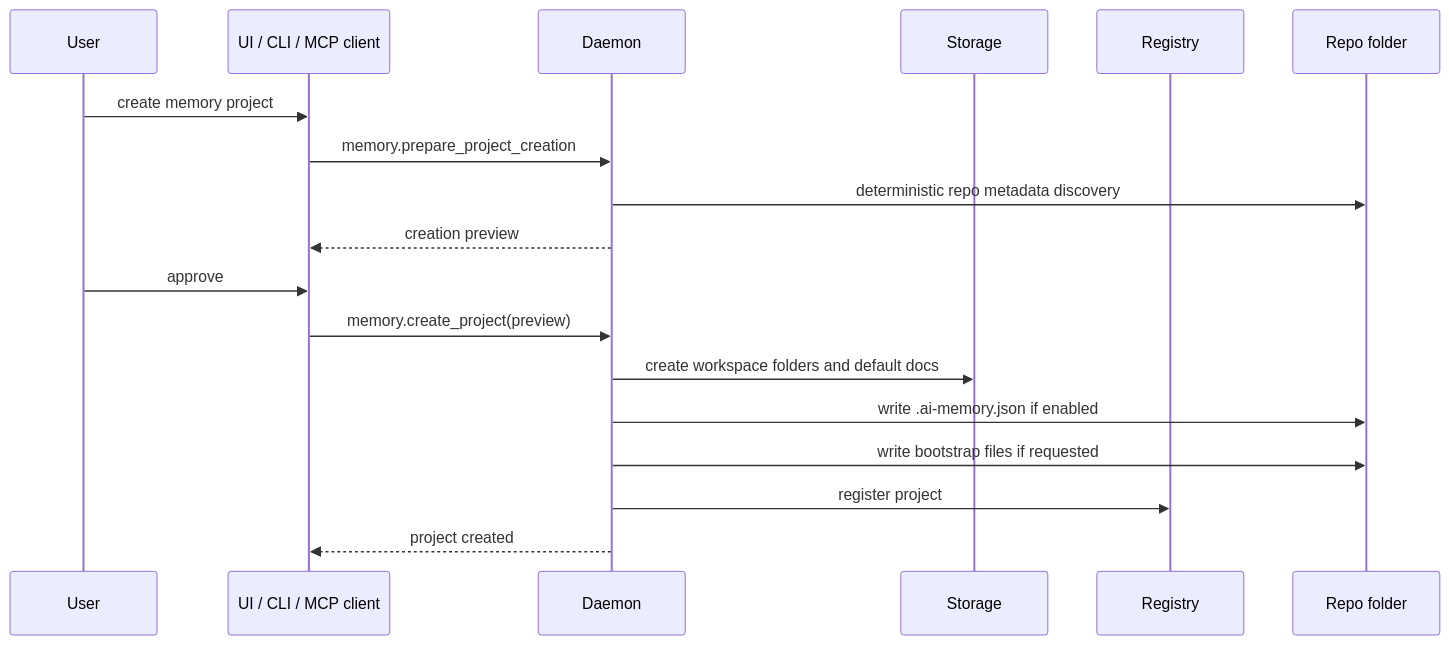
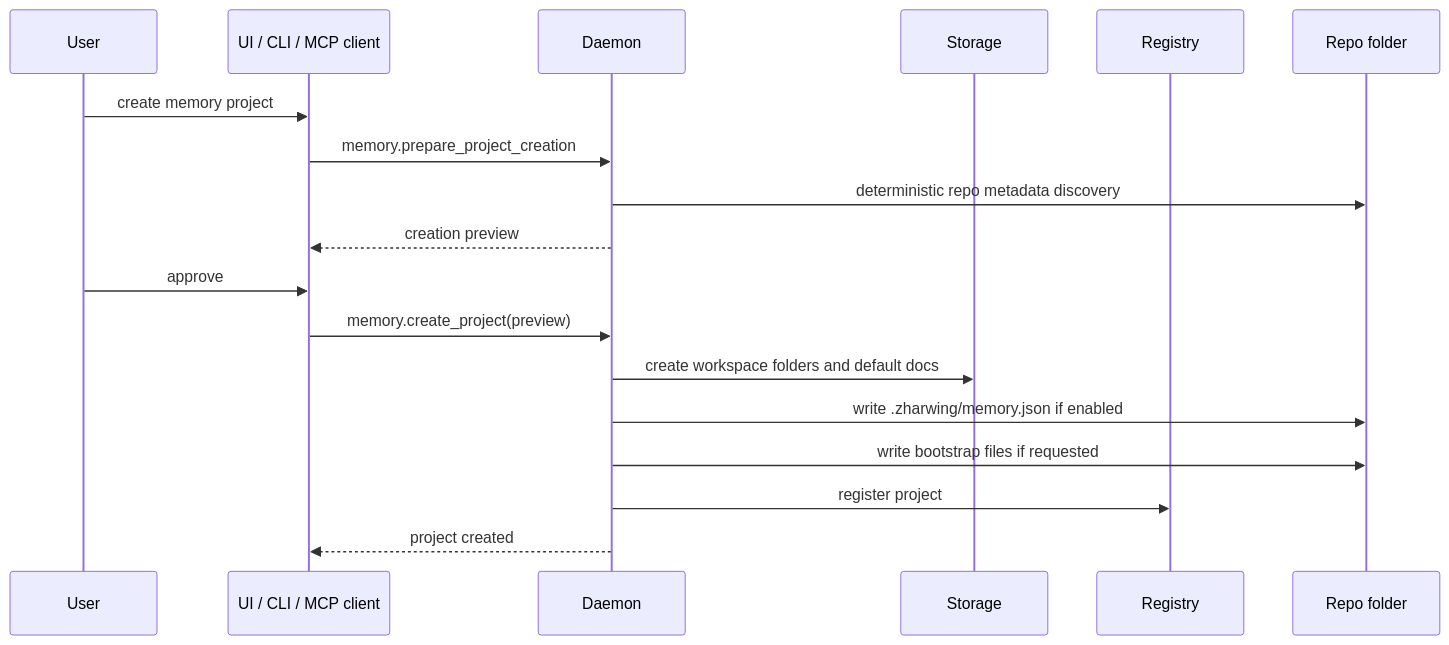
Before and after one commit to zharwing/memory: the seventh of 21 diagrams in docs/DIAGRAMS.md, drawn with Mermaid. The commit also changed other lines of this file and 112 other files, not shown here.

First line of the commit message:
feat!: rename to Zharwing Memory - @aimem/* becomes @zharwing/memory-*

````diff
--- a/docs/DIAGRAMS.md
+++ b/docs/DIAGRAMS.md
@@ -317,21 +317,21 @@
 ```mermaid
 sequenceDiagram
   participant User as User
   participant Client as UI / CLI / MCP client
   participant Daemon as Daemon
   participant Storage as Storage
   participant Registry as Registry
   participant Repo as Repo folder
 
   User->>Client: create memory project
   Client->>Daemon: memory.prepare_project_creation
   Daemon->>Repo: deterministic repo metadata discovery
   Daemon-->>Client: creation preview
   User->>Client: approve
   Client->>Daemon: memory.create_project(preview)
   Daemon->>Storage: create workspace folders and default docs
-  Daemon->>Repo: write .ai-memory.json if enabled
+  Daemon->>Repo: write .zharwing/memory.json if enabled
   Daemon->>Repo: write bootstrap files if requested
   Daemon->>Registry: register project
   Daemon-->>Client: project created
 ```
````
